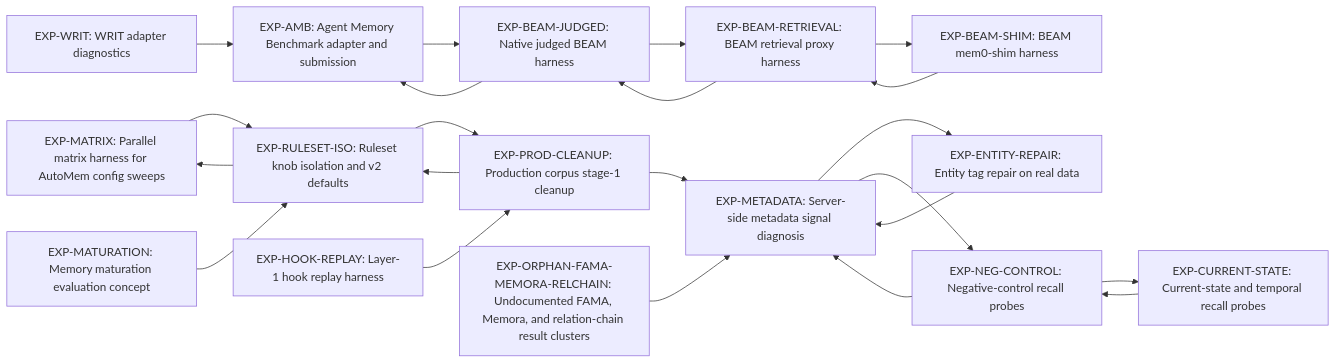
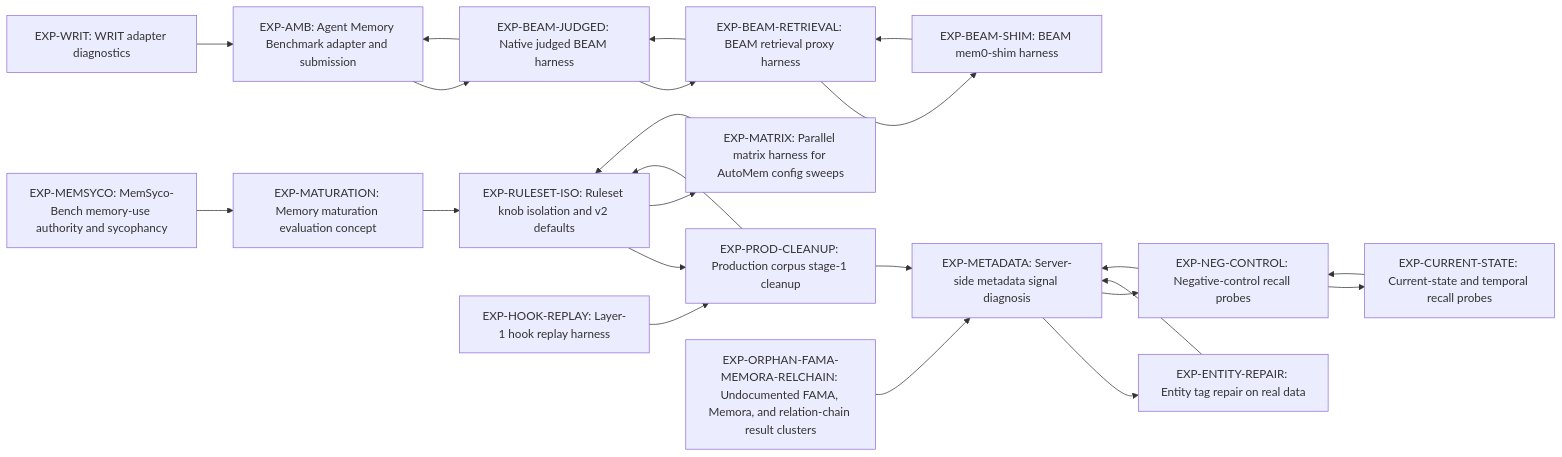
Before and after one commit to verygoodplugins/automem-evals: the diagram in docs/experiments/STATUS.md, drawn with Mermaid. The commit also changed other lines of this file and 7 other files, not shown here.

Commit message:
docs(eval): add MemSyco-Bench track and artifact preflight

````diff
--- a/docs/experiments/STATUS.md
+++ b/docs/experiments/STATUS.md
@@ -28,39 +29,41 @@
 ```mermaid
 flowchart LR
+  EXP_MEMSYCO["EXP-MEMSYCO: MemSyco-Bench memory-use authority and sycophancy"]
   EXP_AMB["EXP-AMB: Agent Memory Benchmark adapter and submission"]
   EXP_MATRIX["EXP-MATRIX: Parallel matrix harness for AutoMem config sweeps"]
   EXP_BEAM_JUDGED["EXP-BEAM-JUDGED: Native judged BEAM harness"]
   EXP_BEAM_RETRIEVAL["EXP-BEAM-RETRIEVAL: BEAM retrieval proxy harness"]
   EXP_BEAM_SHIM["EXP-BEAM-SHIM: BEAM mem0-shim harness"]
   EXP_RULESET_ISO["EXP-RULESET-ISO: Ruleset knob isolation and v2 defaults"]
   EXP_PROD_CLEANUP["EXP-PROD-CLEANUP: Production corpus stage-1 cleanup"]
   EXP_HOOK_REPLAY["EXP-HOOK-REPLAY: Layer-1 hook replay harness"]
   EXP_CURRENT_STATE["EXP-CURRENT-STATE: Current-state and temporal recall probes"]
   EXP_ENTITY_REPAIR["EXP-ENTITY-REPAIR: Entity tag repair on real data"]
   EXP_METADATA["EXP-METADATA: Server-side metadata signal diagnosis"]
   EXP_NEG_CONTROL["EXP-NEG-CONTROL: Negative-control recall probes"]
   EXP_WRIT["EXP-WRIT: WRIT adapter diagnostics"]
   EXP_MATURATION["EXP-MATURATION: Memory maturation evaluation concept"]
   EXP_ORPHAN_FAMA_MEMORA_RELCHAIN["EXP-ORPHAN-FAMA-MEMORA-RELCHAIN: Undocumented FAMA, Memora, and relation-chain result clusters"]
+  EXP_MEMSYCO --> EXP_MATURATION
   EXP_AMB --> EXP_BEAM_JUDGED
   EXP_MATRIX --> EXP_RULESET_ISO
   EXP_BEAM_JUDGED --> EXP_BEAM_RETRIEVAL
   EXP_BEAM_JUDGED --> EXP_AMB
   EXP_BEAM_RETRIEVAL --> EXP_BEAM_SHIM
   EXP_BEAM_RETRIEVAL --> EXP_BEAM_JUDGED
   EXP_BEAM_SHIM --> EXP_BEAM_RETRIEVAL
   EXP_RULESET_ISO --> EXP_PROD_CLEANUP
   EXP_RULESET_ISO --> EXP_MATRIX
   EXP_PROD_CLEANUP --> EXP_RULESET_ISO
   EXP_PROD_CLEANUP --> EXP_METADATA
   EXP_HOOK_REPLAY --> EXP_PROD_CLEANUP
   EXP_CURRENT_STATE --> EXP_NEG_CONTROL
   EXP_ENTITY_REPAIR --> EXP_METADATA
   EXP_METADATA --> EXP_ENTITY_REPAIR
   EXP_METADATA --> EXP_NEG_CONTROL
   EXP_NEG_CONTROL --> EXP_METADATA
   EXP_NEG_CONTROL --> EXP_CURRENT_STATE
   EXP_WRIT --> EXP_AMB
   EXP_MATURATION --> EXP_RULESET_ISO
   EXP_ORPHAN_FAMA_MEMORA_RELCHAIN --> EXP_METADATA
 ```
````
